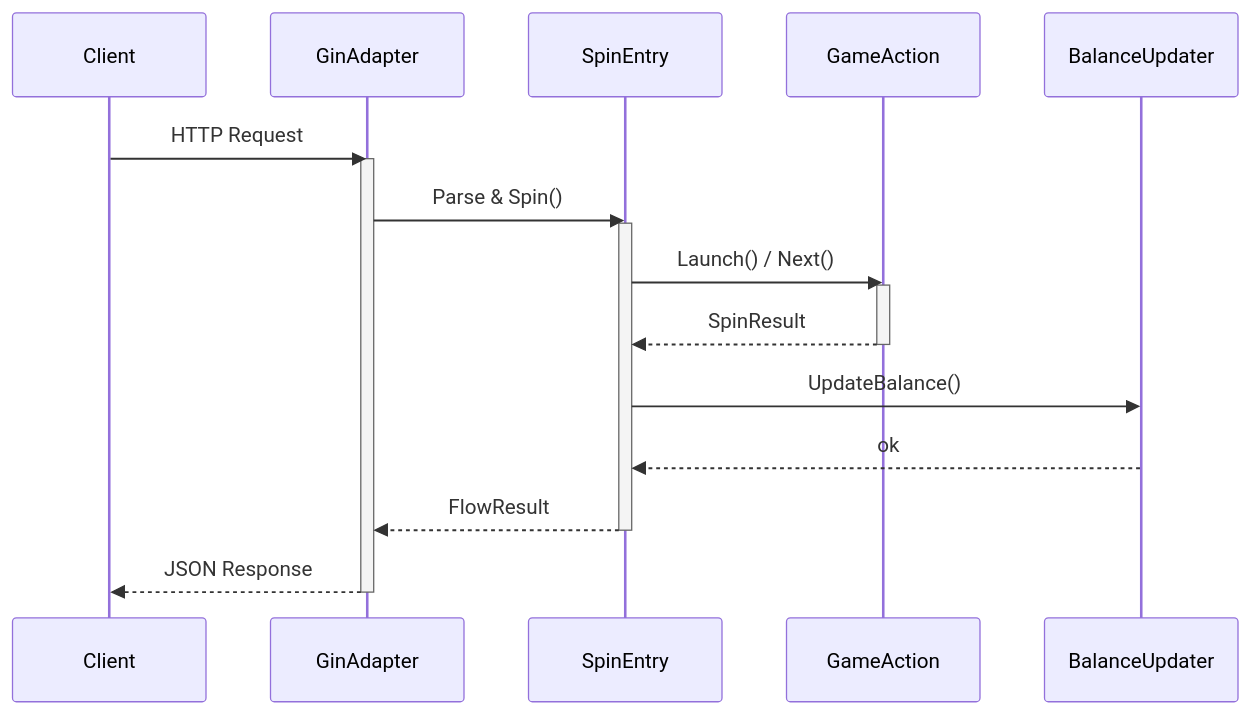
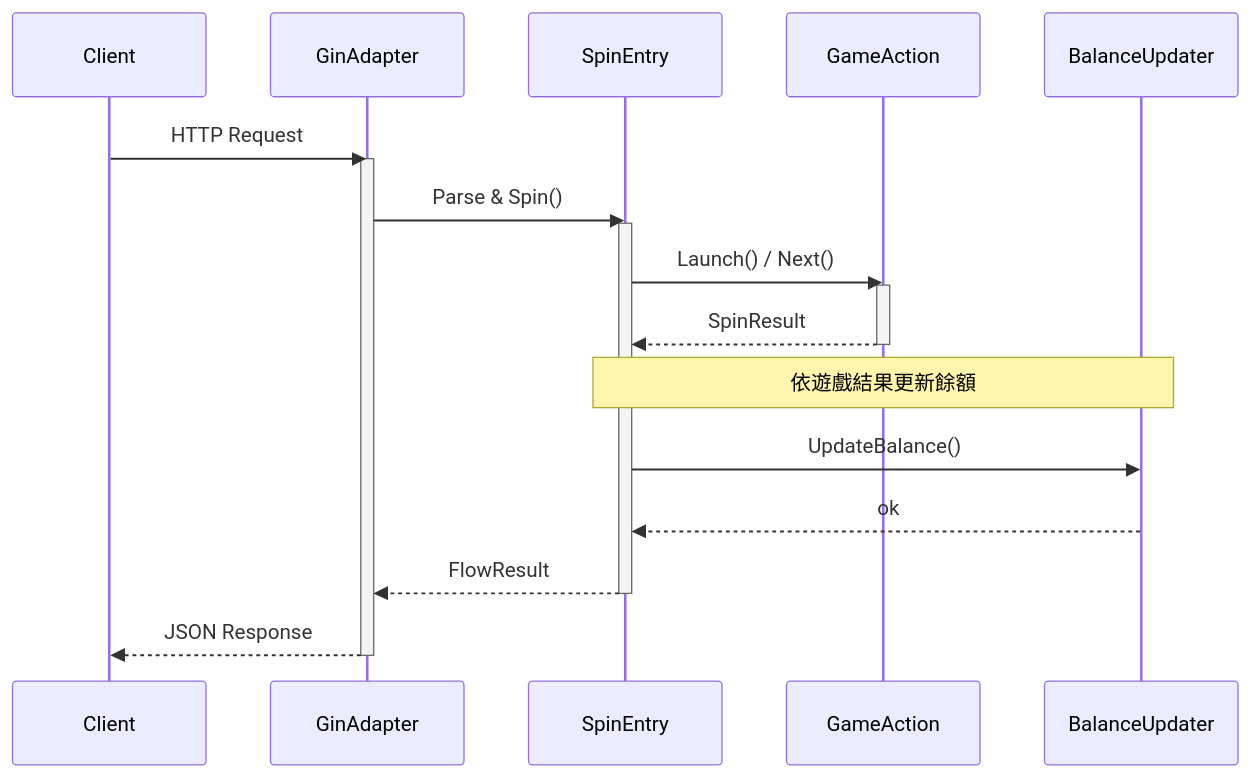
The fifth of 8 diagrams in skills/write-md/references/mermaid-guide_zhTW.md (Aery9527/misty-marketplace), drawn with Mermaid before and after one commit. The commit also changed other lines of this file and 11 other files, not shown here.

First line of the commit message:
docs(write-md): 精簡共通規則並修正 Mermaid 範例一致性

````diff
--- a/skills/write-md/references/mermaid-guide_zhTW.md
+++ b/skills/write-md/references/mermaid-guide_zhTW.md
@@ -122,23 +125,24 @@
 ```mermaid
 sequenceDiagram
     participant Client
     participant GinAdapter
     participant SpinEntry
     participant GameAction
     participant BalanceUpdater
 
     Client->>GinAdapter: HTTP Request
     activate GinAdapter
     GinAdapter->>SpinEntry: Parse & Spin()
     activate SpinEntry
     SpinEntry->>GameAction: Launch() / Next()
     activate GameAction
     GameAction-->>SpinEntry: SpinResult
     deactivate GameAction
+    Note over SpinEntry,BalanceUpdater: 依遊戲結果更新餘額
     SpinEntry->>BalanceUpdater: UpdateBalance()
     BalanceUpdater-->>SpinEntry: ok
     SpinEntry-->>GinAdapter: FlowResult
     deactivate SpinEntry
     GinAdapter-->>Client: JSON Response
     deactivate GinAdapter
 ```
````
